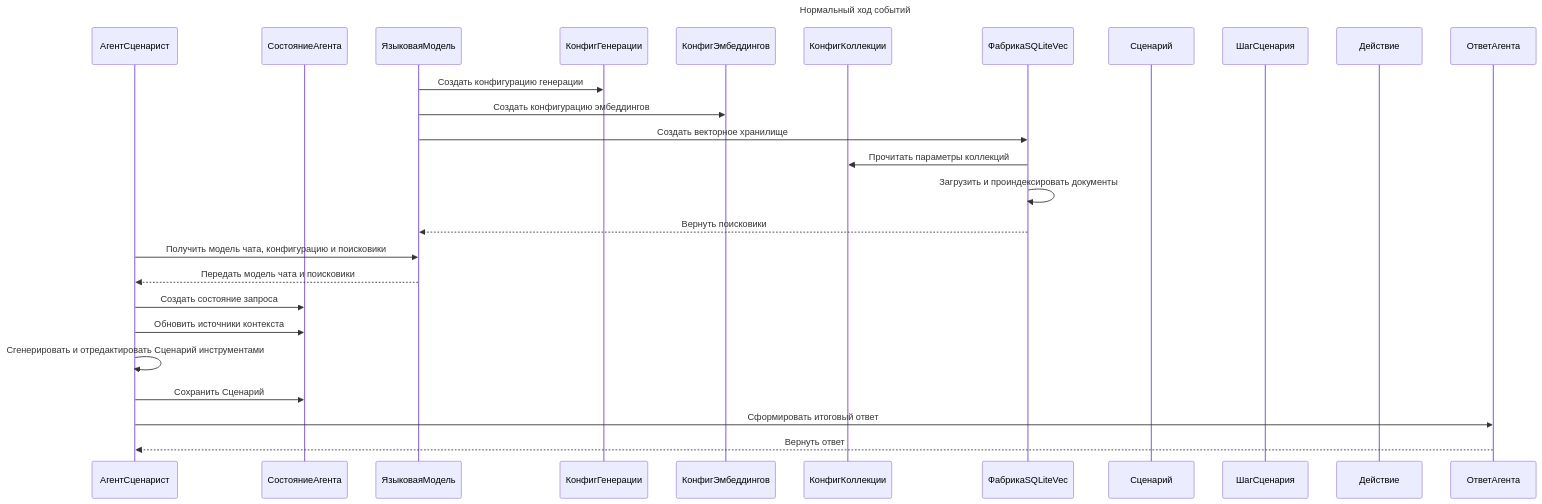
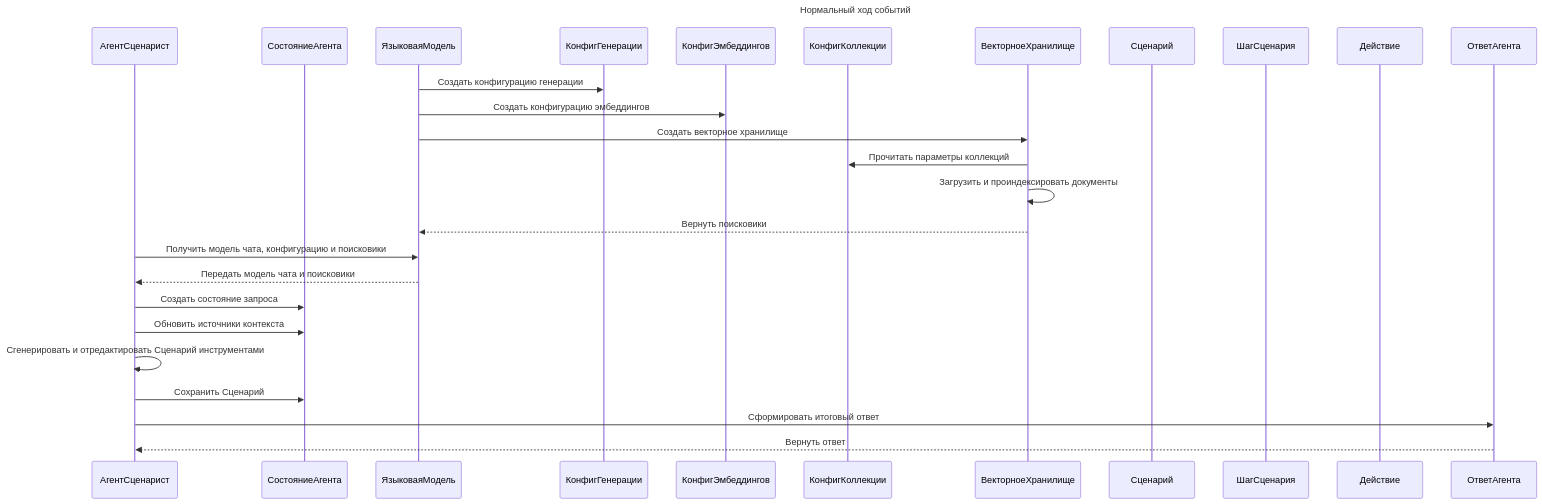
One commit to CHSU-scenarAIst/diagrammy changed the first of 3 diagrams in Пакет Обработка эмбеддингов/2. Диаграмма последовательностей взаимодействия объектов классов пакета.md. Above: the diagram before and after it, drawn with Mermaid. The commit also changed other lines of this file and 8 other files, not shown here.

````diff
--- a/Пакет Обработка эмбеддингов/2. Диаграмма последовательностей взаимодействия объектов классов пакета.md
+++ b/Пакет Обработка эмбеддингов/2. Диаграмма последовательностей взаимодействия объектов классов пакета.md
@@ -15,32 +16,32 @@
 ```mermaid
 ---
 title: Нормальный ход событий
 ---
 sequenceDiagram
     participant АгентСценарист
     participant СостояниеАгента
     participant ЯзыковаяМодель
     participant КонфигГенерации
     participant КонфигЭмбеддингов
     participant КонфигКоллекции
-    participant ФабрикаSQLiteVec
+    participant ВекторноеХранилище
     participant Сценарий
     participant ШагСценария
     participant Действие
     participant ОтветАгента
 
     ЯзыковаяМодель->>КонфигГенерации: Создать конфигурацию генерации
     ЯзыковаяМодель->>КонфигЭмбеддингов: Создать конфигурацию эмбеддингов
-    ЯзыковаяМодель->>ФабрикаSQLiteVec: Создать векторное хранилище
-    ФабрикаSQLiteVec->>КонфигКоллекции: Прочитать параметры коллекций
-    ФабрикаSQLiteVec->>ФабрикаSQLiteVec: Загрузить и проиндексировать документы
-    ФабрикаSQLiteVec-->>ЯзыковаяМодель: Вернуть поисковики
+    ЯзыковаяМодель->>ВекторноеХранилище: Создать векторное хранилище
+    ВекторноеХранилище->>КонфигКоллекции: Прочитать параметры коллекций
+    ВекторноеХранилище->>ВекторноеХранилище: Загрузить и проиндексировать документы
+    ВекторноеХранилище-->>ЯзыковаяМодель: Вернуть поисковики
     АгентСценарист->>ЯзыковаяМодель: Получить модель чата, конфигурацию и поисковики
     ЯзыковаяМодель-->>АгентСценарист: Передать модель чата и поисковики
     АгентСценарист->>СостояниеАгента: Создать состояние запроса
     АгентСценарист->>СостояниеАгента: Обновить источники контекста
     АгентСценарист->>АгентСценарист: Сгенерировать и отредактировать Сценарий инструментами
     АгентСценарист->>СостояниеАгента: Сохранить Сценарий
     АгентСценарист->>ОтветАгента: Сформировать итоговый ответ
     ОтветАгента-->>АгентСценарист: Вернуть ответ
 ```
````
